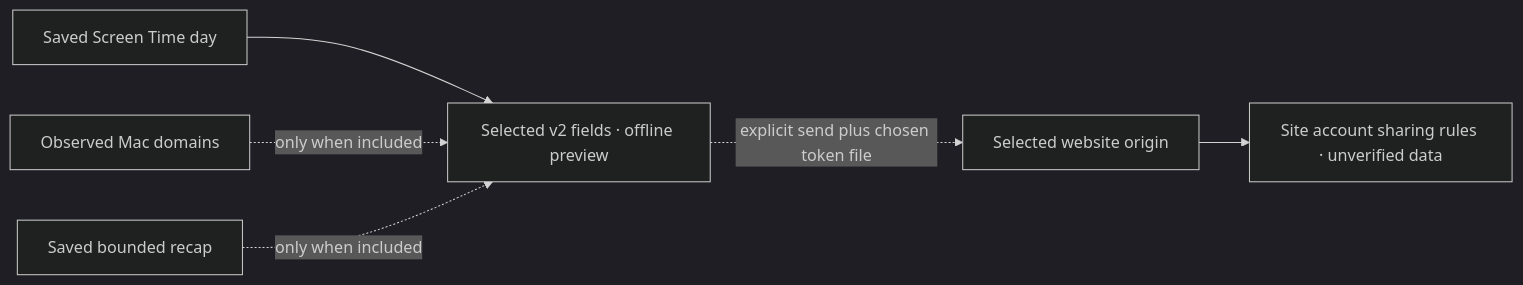
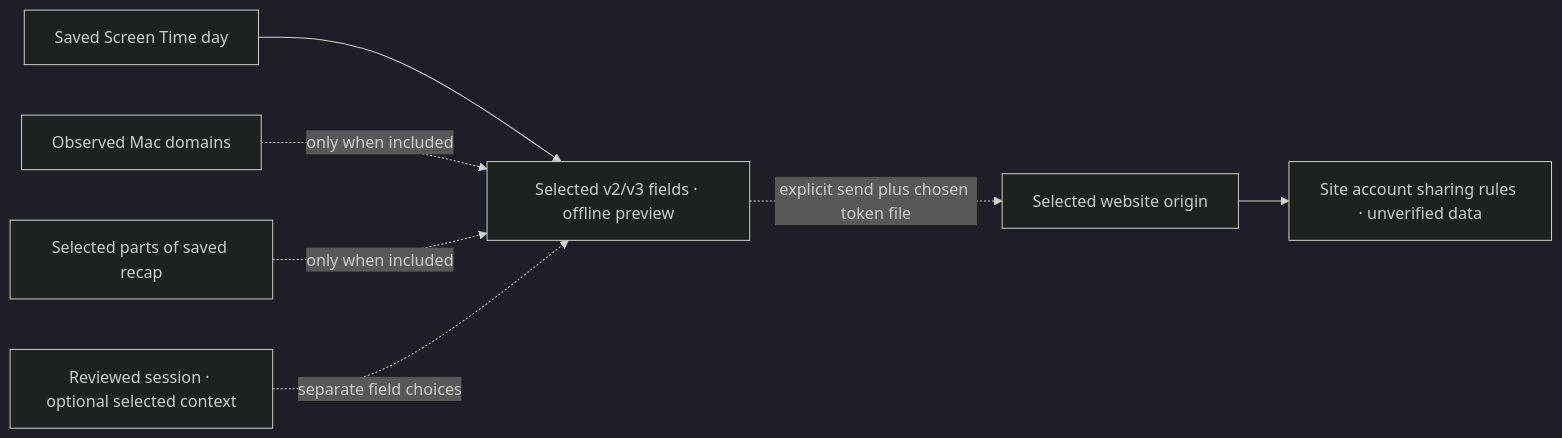
The second of 2 diagrams in docs/DATA-FLOW.md (blancmathis/goalong-history), drawn with Mermaid (dark theme) before and after one commit. The commit also changed other lines of this file and 20 other files, not shown here.

Commit message:
Add contextual session review and selected recap sharing

````diff
--- a/docs/DATA-FLOW.md
+++ b/docs/DATA-FLOW.md
@@ -30,8 +30,9 @@
 ```mermaid
 flowchart LR
-  archive["Saved Screen Time day"] --> export["Selected v2 fields · offline preview"]
+  archive["Saved Screen Time day"] --> export["Selected v2/v3 fields · offline preview"]
   domains["Observed Mac domains"] -. "only when included" .-> export
-  recap["Saved bounded recap"] -. "only when included" .-> export
+  recap["Selected parts of saved recap"] -. "only when included" .-> export
+  rhythm["Reviewed session · optional selected context"] -. "separate field choices" .-> export
   export -. "explicit send plus chosen token file" .-> website["Selected website origin"]
   website --> sharing["Site account sharing rules · unverified data"]
 ```
````
